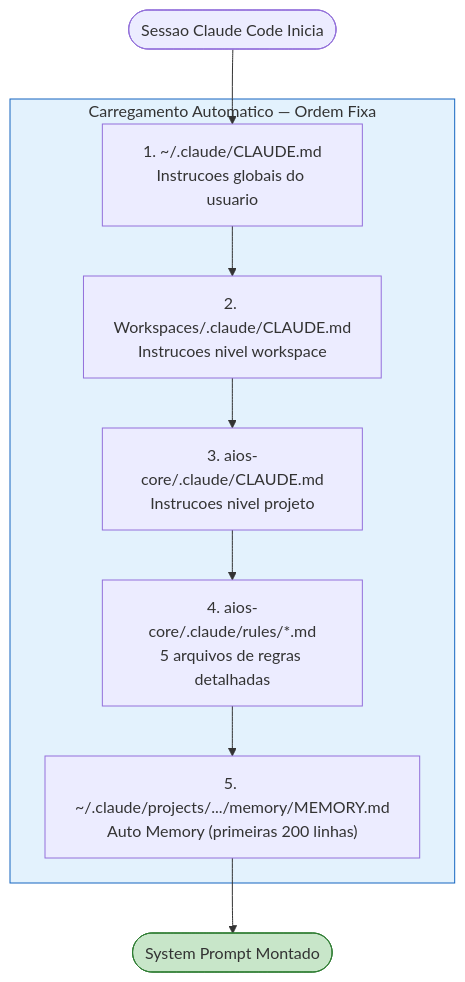
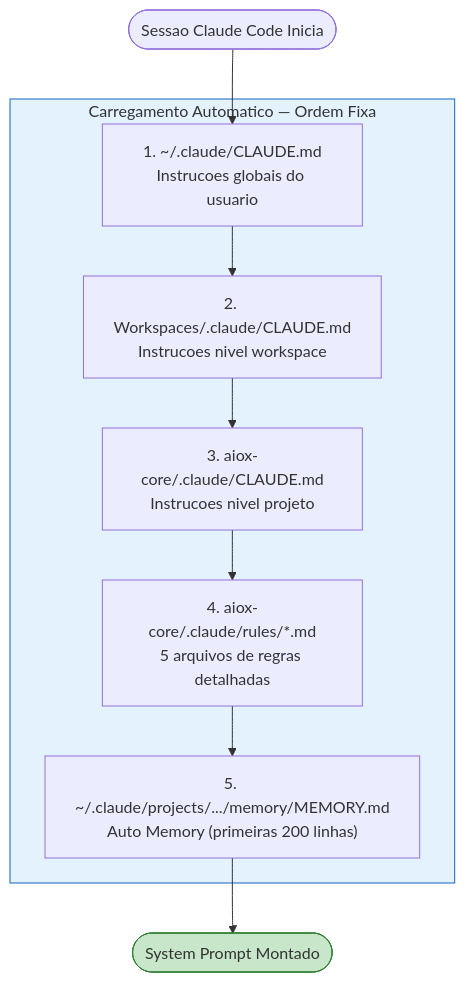
The third of 18 diagrams in docs/guides/MEMORY-SYSTEM.md (fabioeducacross/-Book-de-Resultados), drawn with Mermaid before and after one commit. The commit also changed other lines of this file and 867 other files, not shown here.

First line of the commit message:
chore: update aios-core, tests, configs and documentation

````diff
--- a/docs/guides/MEMORY-SYSTEM.md
+++ b/docs/guides/MEMORY-SYSTEM.md
@@ -169,22 +169,22 @@
 ```mermaid
 flowchart TD
     START([Sessao Claude Code Inicia]) --> LOAD_GLOBAL
 
     subgraph LOAD["Carregamento Automatico — Ordem Fixa"]
         LOAD_GLOBAL["1. ~/.claude/CLAUDE.md<br/>Instrucoes globais do usuario"]
         LOAD_WORKSPACE["2. Workspaces/.claude/CLAUDE.md<br/>Instrucoes nivel workspace"]
-        LOAD_PROJECT["3. aios-core/.claude/CLAUDE.md<br/>Instrucoes nivel projeto"]
-        LOAD_RULES["4. aios-core/.claude/rules/*.md<br/>5 arquivos de regras detalhadas"]
+        LOAD_PROJECT["3. aiox-core/.claude/CLAUDE.md<br/>Instrucoes nivel projeto"]
+        LOAD_RULES["4. aiox-core/.claude/rules/*.md<br/>5 arquivos de regras detalhadas"]
         LOAD_MEMORY["5. ~/.claude/projects/.../memory/MEMORY.md<br/>Auto Memory (primeiras 200 linhas)"]
     end
 
     LOAD_GLOBAL --> LOAD_WORKSPACE
     LOAD_WORKSPACE --> LOAD_PROJECT
     LOAD_PROJECT --> LOAD_RULES
     LOAD_RULES --> LOAD_MEMORY
 
     LOAD_MEMORY --> READY([System Prompt Montado])
 
     style LOAD fill:#E3F2FD,stroke:#1565C0
     style READY fill:#C8E6C9,stroke:#2E7D32
 ```
````
